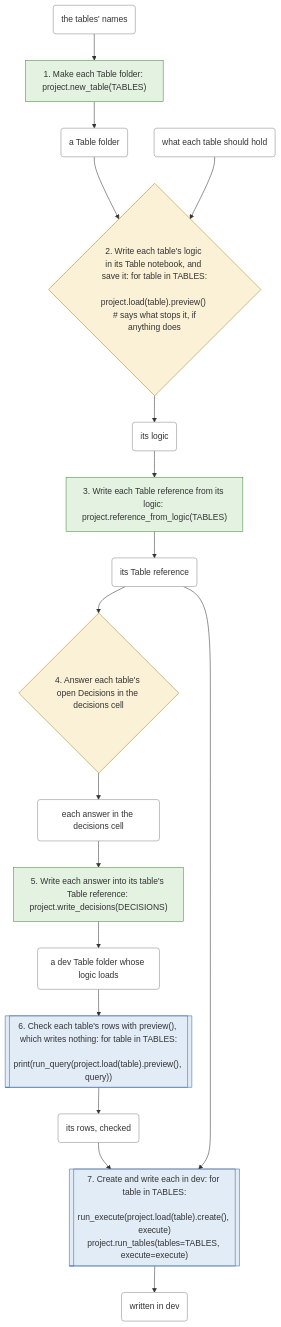
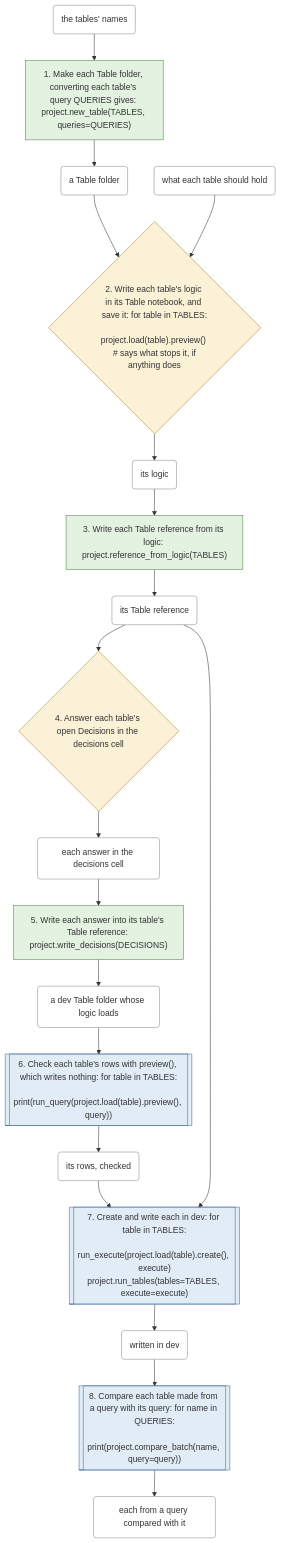
Before and after one commit to EdgyPage/SQL-Composer: the third of 6 diagrams in docs/workflows.md, drawn with Mermaid. The commit also changed other lines of this file and 35 other files, not shown here.

````diff
--- a/docs/workflows.md
+++ b/docs/workflows.md
@@ -130,43 +130,48 @@
 ```mermaid
 flowchart TD
-    s0["1. Make each Table folder: project.new_table(TABLES)"]:::files_only
+    s0["1. Make each Table folder, converting each table's query QUERIES gives: project.new_table(TABLES, queries=QUERIES)"]:::files_only
     s1{"2. Write each table's logic in its Table notebook, and save it: for table in TABLES:
     project.load(table).preview()  #35; says what stops it, if anything does"}:::your_decision
     s2["3. Write each Table reference from its logic: project.reference_from_logic(TABLES)"]:::files_only
     s3{"4. Answer each table's open Decisions in the decisions cell"}:::your_decision
     s4["5. Write each answer into its table's Table reference: project.write_decisions(DECISIONS)"]:::files_only
     s5[["6. Check each table's rows with preview(), which writes nothing: for table in TABLES:
     print(run_query(project.load(table).preview(), query))"]]:::warehouse_call
     s6[["7. Create and write each in dev: for table in TABLES:
     run_execute(project.load(table).create(), execute)
 project.run_tables(tables=TABLES, execute=execute)"]]:::warehouse_call
+    s7[["8. Compare each table made from a query with its query: for name in QUERIES:
+    print(project.compare_batch(name, query=query))"]]:::warehouse_call
     t0("the tables' names"):::thing
     t1("a Table folder"):::thing
     t2("what each table should hold"):::thing
     t3("its logic"):::thing
     t4("its Table reference"):::thing
     t5("each answer in the decisions cell"):::thing
     t6("a dev Table folder whose logic loads"):::thing
     t7("its rows, checked"):::thing
     t8("written in dev"):::thing
+    t9("each from a query compared with it"):::thing
     t0 --> s0
     s0 --> t1
     t1 --> s1
     t2 --> s1
     s1 --> t3
     t3 --> s2
     s2 --> t4
     t4 --> s3
     s3 --> t5
     t5 --> s4
     s4 --> t6
     t6 --> s5
     s5 --> t7
     t7 --> s6
     t4 --> s6
     s6 --> t8
+    t8 --> s7
+    s7 --> t9
     classDef files_only fill:#e3f2e1,stroke:#4a8a3f
     classDef warehouse_call fill:#e1ecf7,stroke:#3f6a9a
     classDef your_decision fill:#fbf1d6,stroke:#a8842a
     classDef thing fill:#ffffff,stroke:#888888
 ```
````
